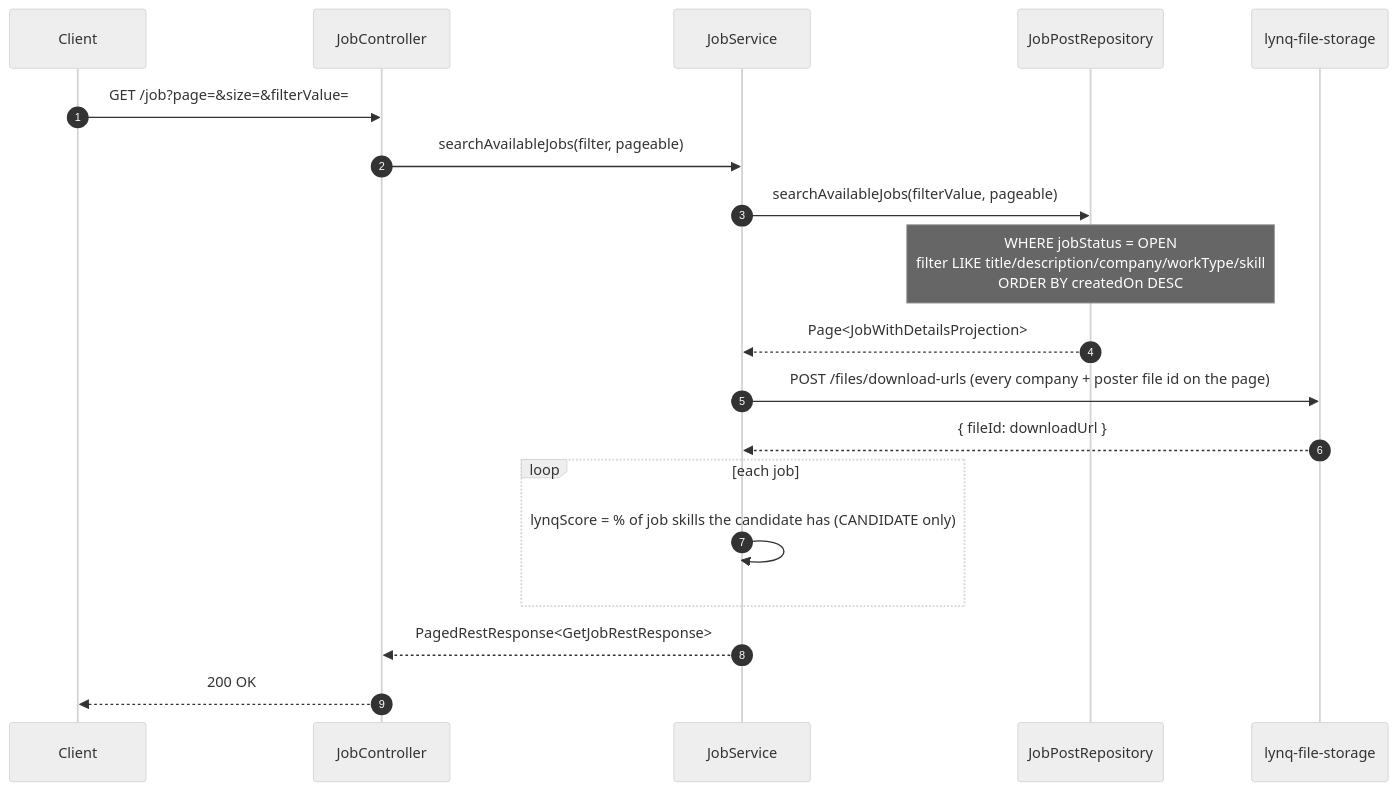
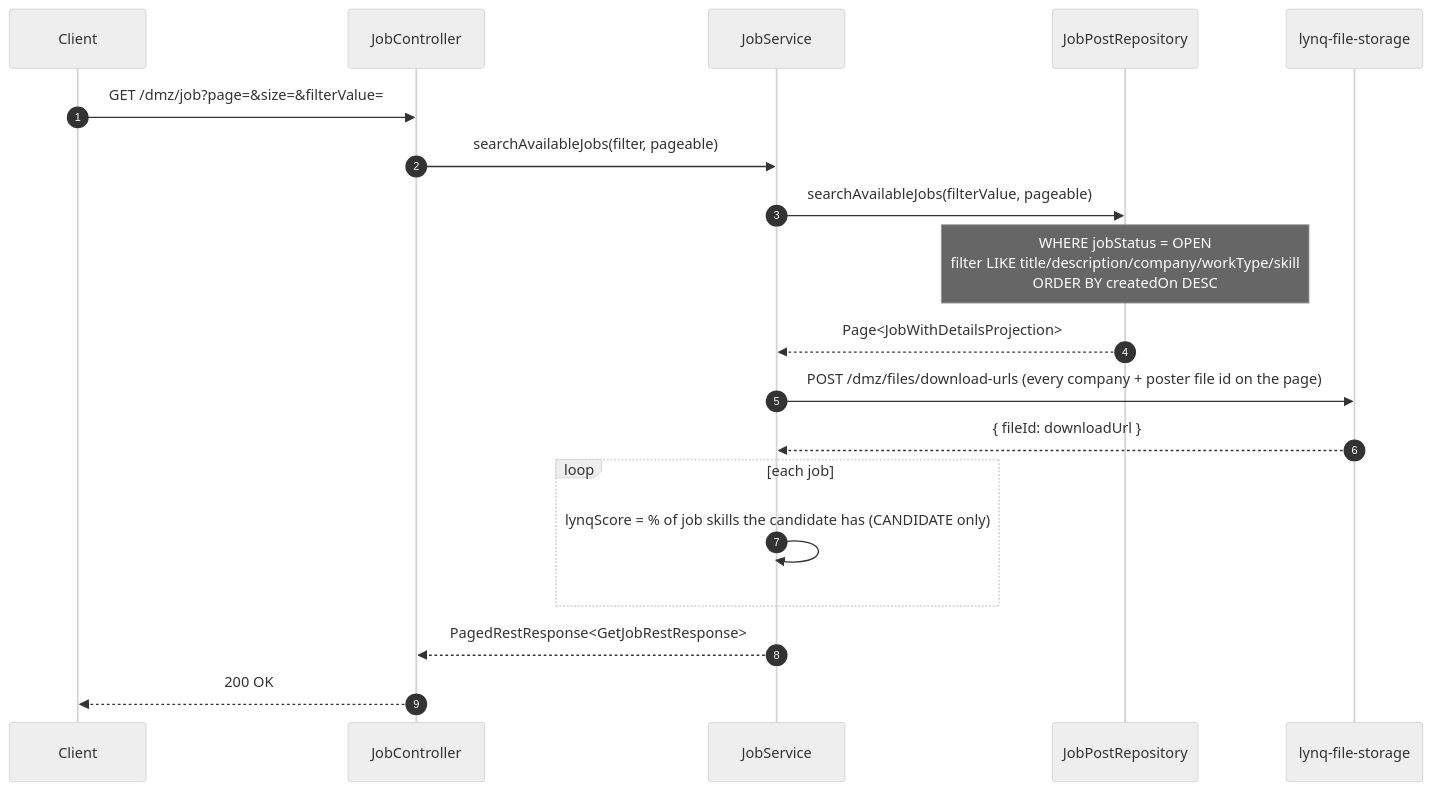
Before and after one commit to MatLock/UdeSA-lynq: the second of 4 diagrams in lynq-app-backend/README.md, drawn with Mermaid (neutral theme). The commit also changed other lines of this file and 110 other files, not shown here.

````diff
--- a/lynq-app-backend/README.md
+++ b/lynq-app-backend/README.md
@@ -159,22 +164,22 @@
 ```mermaid
 sequenceDiagram
     autonumber
     participant C as Client
     participant Ctrl as JobController
     participant Svc as JobService
     participant Repo as JobPostRepository
     participant FS as lynq-file-storage
 
-    C->>Ctrl: GET /job?page=&size=&filterValue=
+    C->>Ctrl: GET /dmz/job?page=&size=&filterValue=
     Ctrl->>Svc: searchAvailableJobs(filter, pageable)
     Svc->>Repo: searchAvailableJobs(filterValue, pageable)
     Note over Repo: WHERE jobStatus = OPEN<br/>filter LIKE title/description/company/workType/skill<br/>ORDER BY createdOn DESC
     Repo-->>Svc: Page<JobWithDetailsProjection>
-    Svc->>FS: POST /files/download-urls (every company + poster file id on the page)
+    Svc->>FS: POST /dmz/files/download-urls (every company + poster file id on the page)
     FS-->>Svc: { fileId: downloadUrl }
     loop each job
         Svc->>Svc: lynqScore = % of job skills the candidate has (CANDIDATE only)
     end
     Svc-->>Ctrl: PagedRestResponse<GetJobRestResponse>
     Ctrl-->>C: 200 OK
 ```
````
